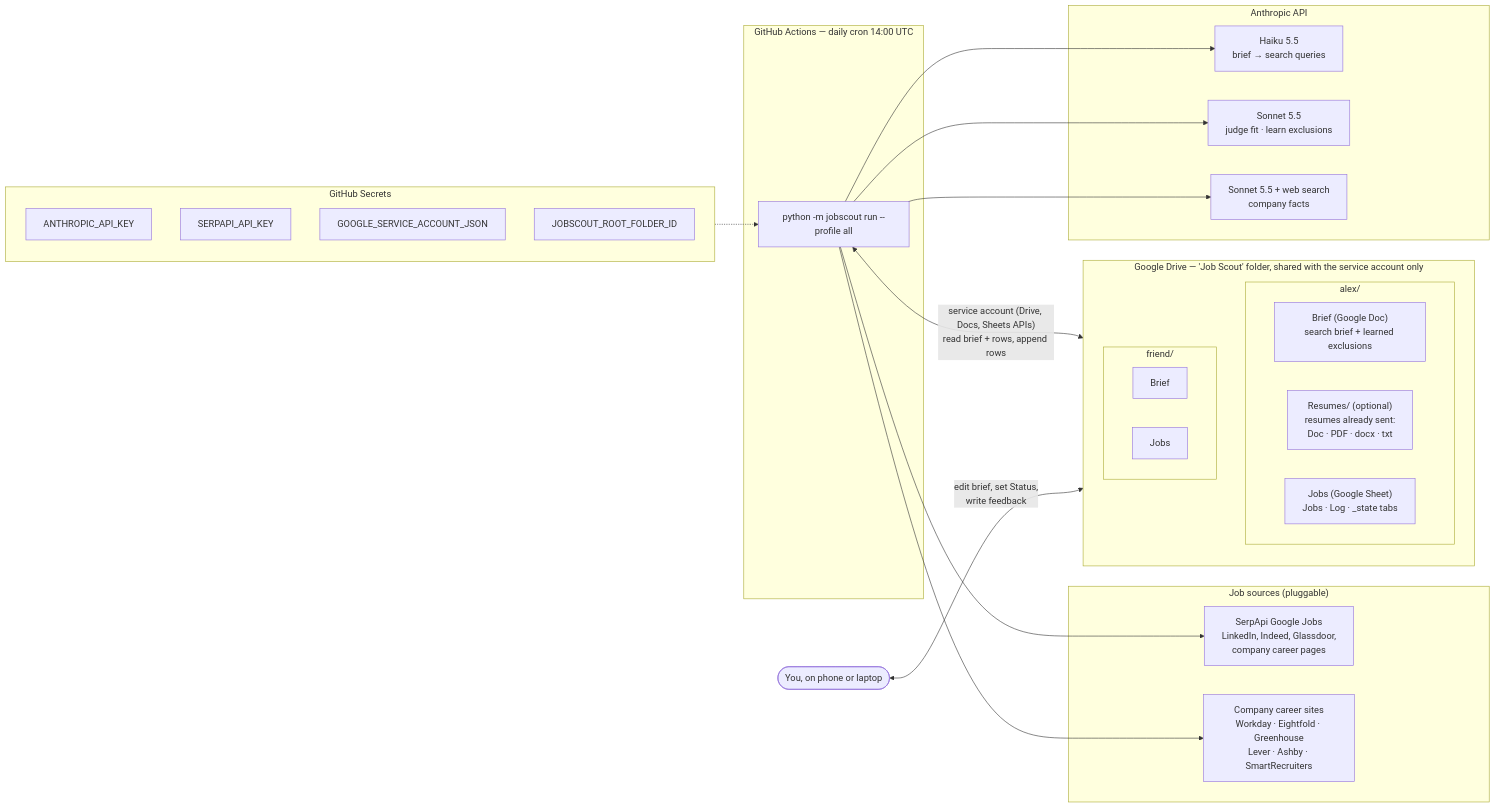
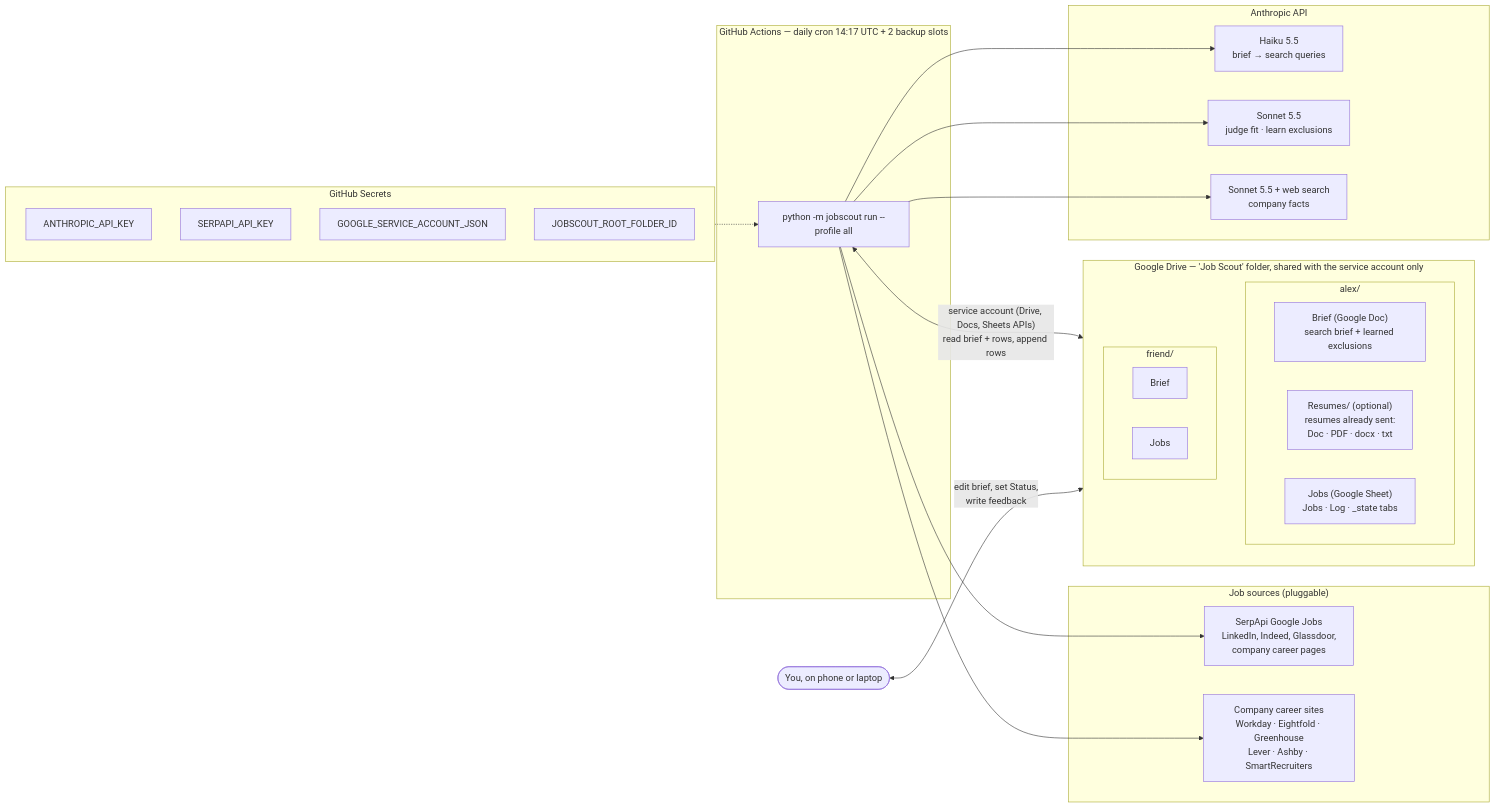
One commit to juliavasan/job-scout changed the first of 5 diagrams in docs/ARCHITECTURE.md. Above: the diagram before and after it, drawn with Mermaid. The commit also changed 2 other files, not shown here.

Commit message:
Schedule: move off the top of the hour and add two backup slots
GitHub skipped this morning's 14:00 UTC run entirely. The main slot is now 14:17 UTC,
with backups at 15:47 and 18:17 UTC that exit immediately if a run already succeeded today.

````diff
--- a/docs/ARCHITECTURE.md
+++ b/docs/ARCHITECTURE.md
@@ -13,47 +13,47 @@
 ```mermaid
 flowchart LR
-    subgraph GH["GitHub Actions — daily cron 14:00 UTC"]
+    subgraph GH["GitHub Actions — daily cron 14:17 UTC + 2 backup slots"]
         CLI["python -m jobscout run --profile all"]
     end
 
     subgraph SECRETS["GitHub Secrets"]
         direction TB
         S1["ANTHROPIC_API_KEY"]
         S2["SERPAPI_API_KEY"]
         S3["GOOGLE_SERVICE_ACCOUNT_JSON"]
         S4["JOBSCOUT_ROOT_FOLDER_ID"]
     end
 
     subgraph DRIVE["Google Drive — 'Job Scout' folder, shared with the service account only"]
         direction TB
         subgraph P1["alex/"]
             B1["Brief (Google Doc)<br/>search brief + learned exclusions"]
             R1["Resumes/ (optional)<br/>resumes already sent:<br/>Doc · PDF · docx · txt"]
             J1["Jobs (Google Sheet)<br/>Jobs · Log · _state tabs"]
         end
         subgraph P2["friend/"]
             B2["Brief"]
             J2["Jobs"]
         end
     end
 
     subgraph SOURCES["Job sources (pluggable)"]
         SERP["SerpApi Google Jobs<br/>LinkedIn, Indeed, Glassdoor,<br/>company career pages"]
         ATS["Company career sites<br/>Workday · Eightfold · Greenhouse<br/>Lever · Ashby · SmartRecruiters"]
     end
 
     subgraph CLAUDE["Anthropic API"]
         HAIKU["Haiku 5.5<br/>brief → search queries"]
         SONNET["Sonnet 5.5<br/>judge fit · learn exclusions"]
         WEB["Sonnet 5.5 + web search<br/>company facts"]
     end
 
     SECRETS -.-> CLI
     CLI <-->|"service account (Drive, Docs, Sheets APIs)<br/>read brief + rows, append rows"| DRIVE
     CLI --> HAIKU
     CLI --> SERP
     CLI --> ATS
     CLI --> SONNET
     CLI --> WEB
     USER(["You, on phone or laptop"]) <-->|"edit brief, set Status,<br/>write feedback"| DRIVE
 ```
````
